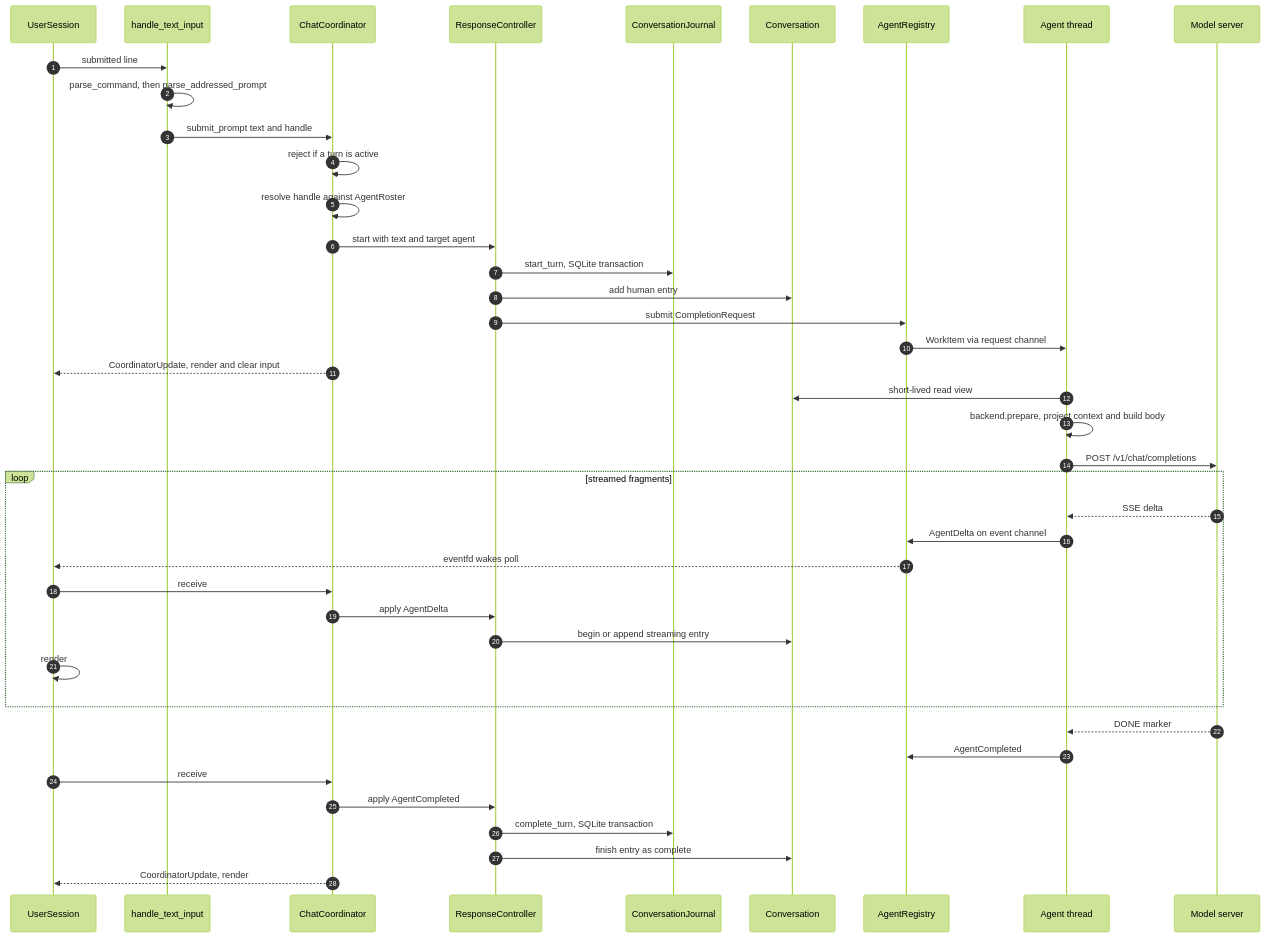
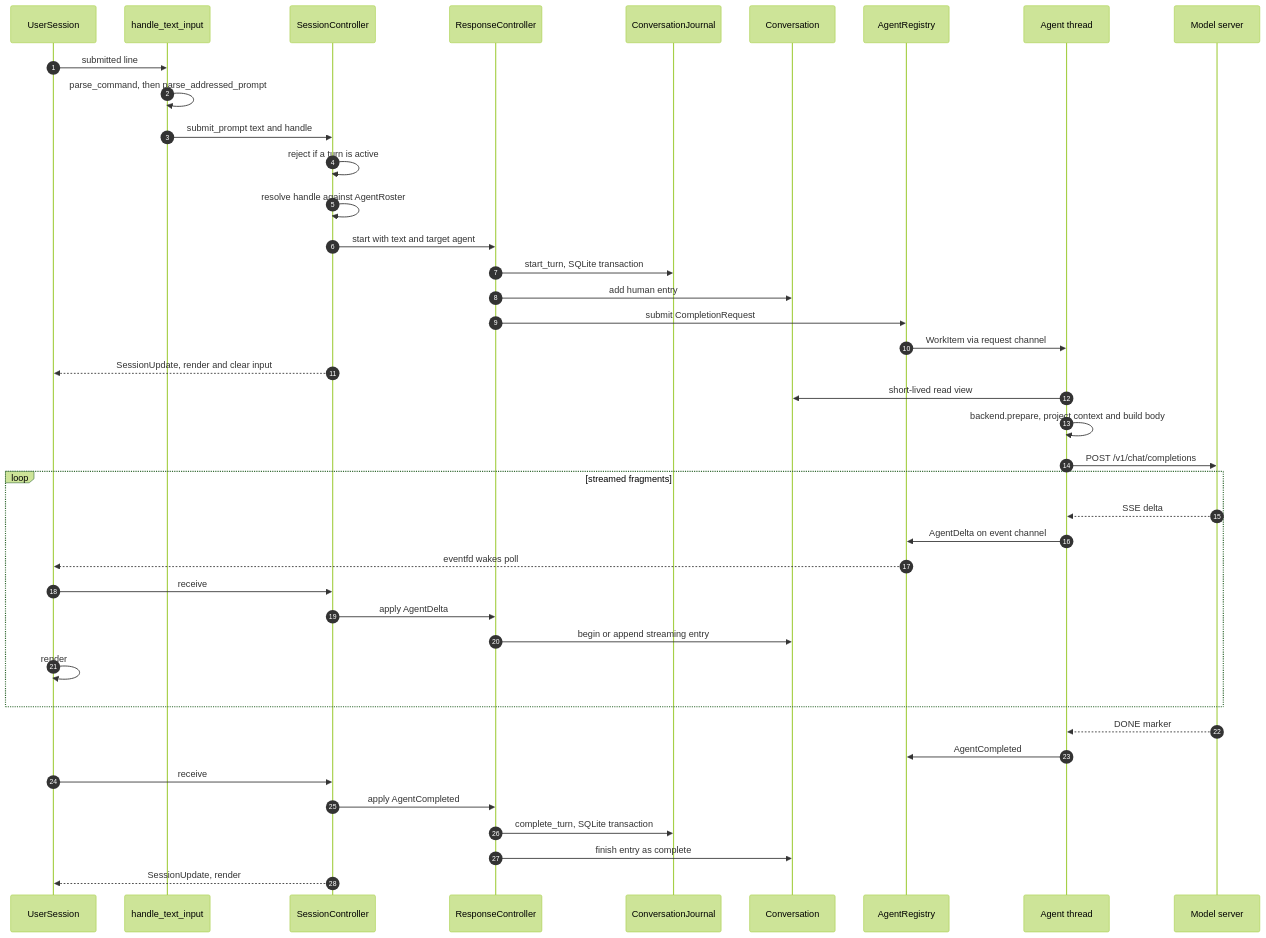
Before and after one commit to michaelpopov/cha: the fourth of 6 diagrams in src/README.md, drawn with Mermaid (forest theme). The commit also changed other lines of this file and 98 other files, not shown here.

````diff
--- a/src/README.md
+++ b/src/README.md
@@ -205,45 +205,45 @@
 ```mermaid
 sequenceDiagram
     autonumber
     participant U as UserSession
     participant T as handle_text_input
-    participant C as ChatCoordinator
+    participant C as SessionController
     participant R as ResponseController
     participant J as ConversationJournal
     participant V as Conversation
     participant G as AgentRegistry
     participant W as Agent thread
     participant P as Model server
 
     U->>T: submitted line
     T->>T: parse_command, then parse_addressed_prompt
     T->>C: submit_prompt text and handle
     C->>C: reject if a turn is active
     C->>C: resolve handle against AgentRoster
     C->>R: start with text and target agent
     R->>J: start_turn, SQLite transaction
     R->>V: add human entry
     R->>G: submit CompletionRequest
     G->>W: WorkItem via request channel
-    C-->>U: CoordinatorUpdate, render and clear input
+    C-->>U: SessionUpdate, render and clear input
 
     W->>V: short-lived read view
     W->>W: backend.prepare, project context and build body
     W->>P: POST /v1/chat/completions
     loop streamed fragments
         P-->>W: SSE delta
         W->>G: AgentDelta on event channel
         G-->>U: eventfd wakes poll
         U->>C: receive
         C->>R: apply AgentDelta
         R->>V: begin or append streaming entry
         U->>U: render
     end
     P-->>W: DONE marker
     W->>G: AgentCompleted
     U->>C: receive
     C->>R: apply AgentCompleted
     R->>J: complete_turn, SQLite transaction
     R->>V: finish entry as complete
-    C-->>U: CoordinatorUpdate, render
+    C-->>U: SessionUpdate, render
 ```
````
